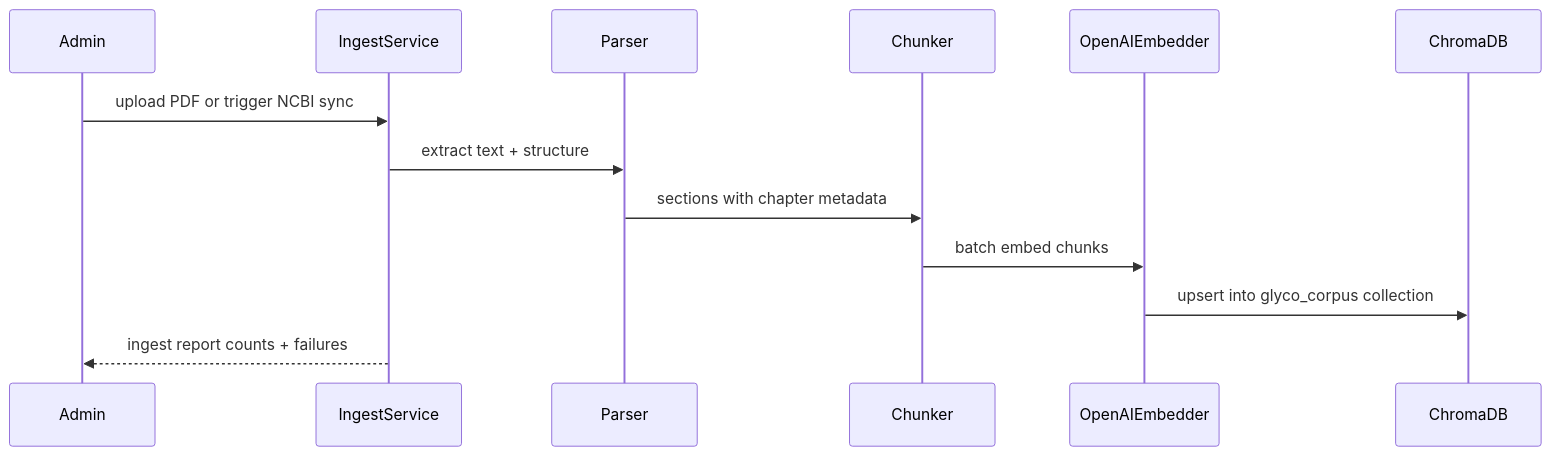
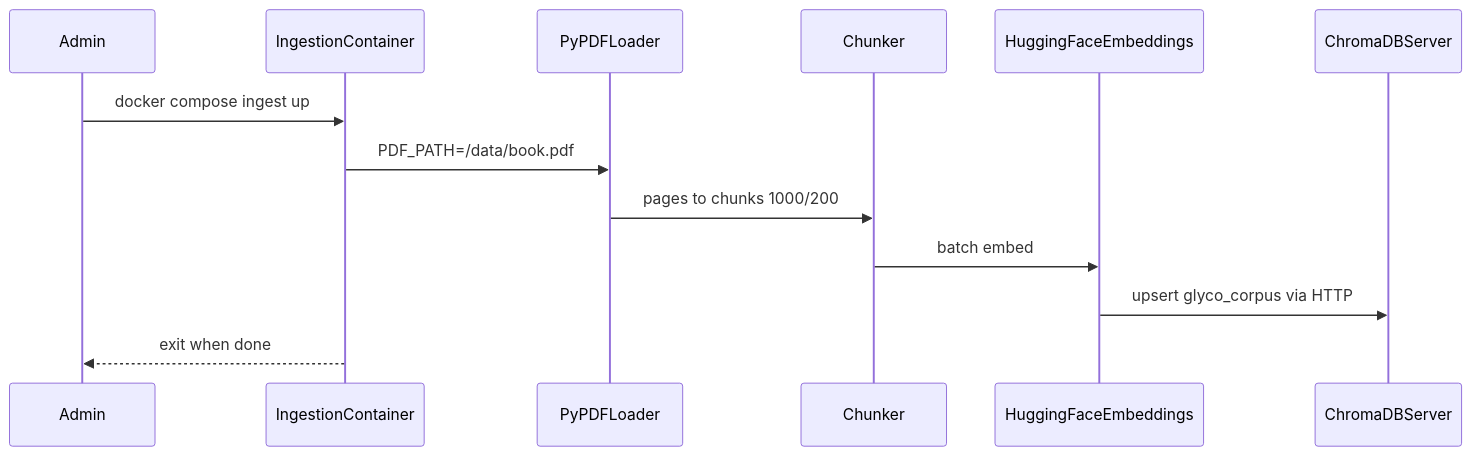
One commit to glygener/glycochatbot changed the second of 4 diagrams in plan.md. Above: the diagram before and after it, drawn with Mermaid. The commit also changed other lines of this file and 35 other files, not shown here.

````diff
--- a/plan.md
+++ b/plan.md
@@ -163,16 +166,16 @@
 ```mermaid
 sequenceDiagram
   participant Admin
-  participant Ingest as IngestService
-  participant Parser
+  participant Ingest as IngestionContainer
+  participant Loader as PyPDFLoader
   participant Chunker
-  participant Embed as OpenAIEmbedder
-  participant Chroma as ChromaDB
+  participant Embed as HuggingFaceEmbeddings
+  participant Chroma as ChromaDBServer
 
-  Admin->>Ingest: upload PDF or trigger NCBI sync
-  Ingest->>Parser: extract text + structure
-  Parser->>Chunker: sections with chapter metadata
-  Chunker->>Embed: batch embed chunks
-  Embed->>Chroma: upsert into glyco_corpus collection
-  Ingest-->>Admin: ingest report counts + failures
+  Admin->>Ingest: docker compose ingest up
+  Ingest->>Loader: PDF_PATH=/data/book.pdf
+  Loader->>Chunker: pages to chunks 1000/200
+  Chunker->>Embed: batch embed
+  Embed->>Chroma: upsert glyco_corpus via HTTP
+  Ingest-->>Admin: exit when done
 ```
````
